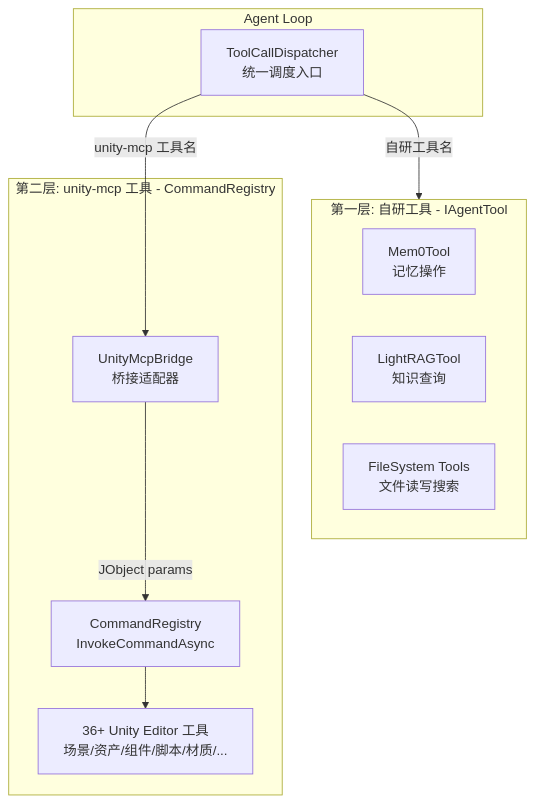
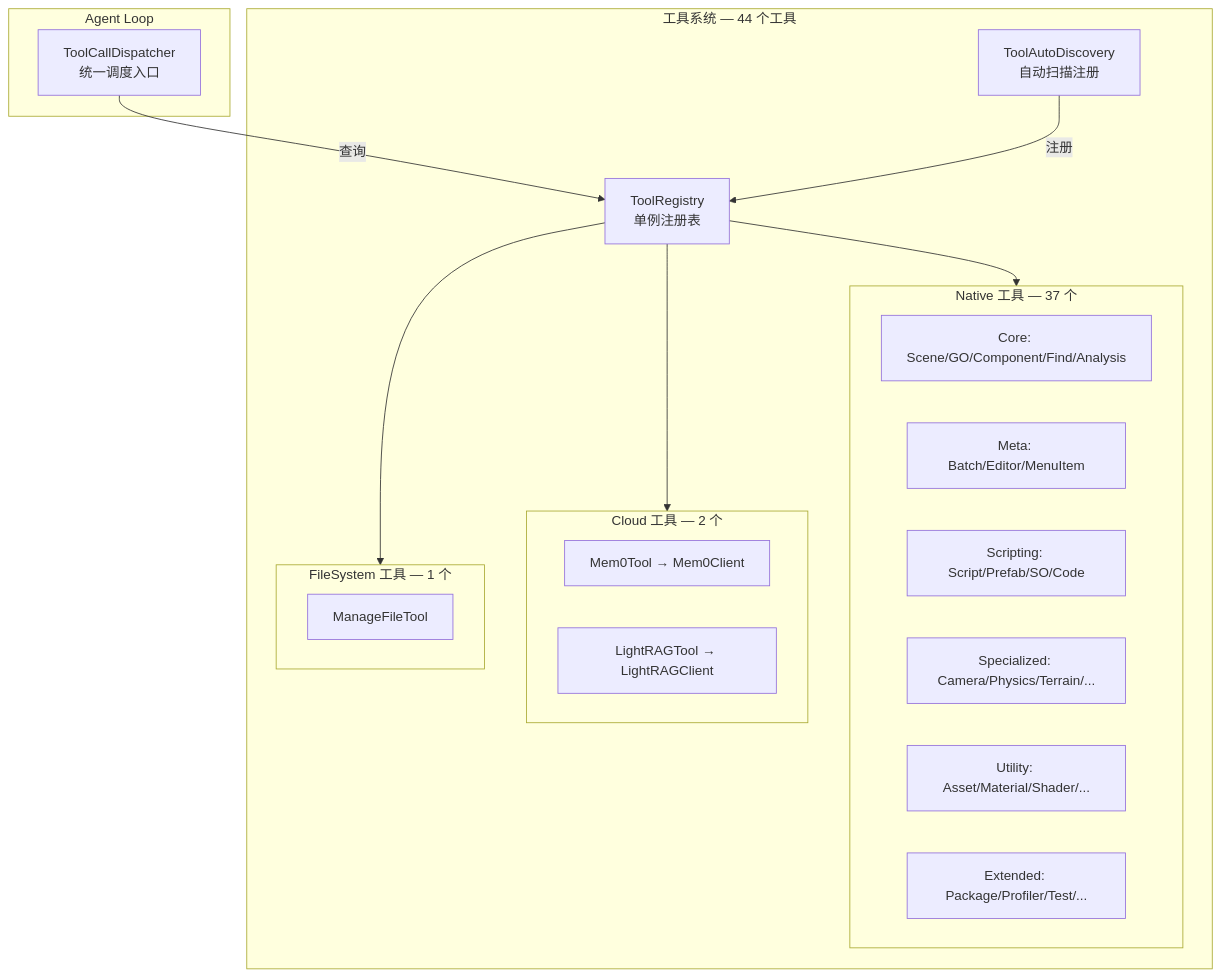
Before and after one commit to BakaAkari/AgentCore-Unity: the fourth of 8 diagrams in plans/ARCHITECTURE.md, drawn with Mermaid. The commit also changed other lines of this file and 4 other files, not shown here.

````diff
--- a/plans/ARCHITECTURE.md
+++ b/plans/ARCHITECTURE.md
@@ -450,23 +395,35 @@
 ```mermaid
 graph TB
     subgraph AgentLoop[Agent Loop]
-        TC[ToolCallDispatcher<br/>统一调度入口]
+        TD[ToolCallDispatcher<br/>统一调度入口]
     end
     
-    subgraph Layer1[第一层: 自研工具 - IAgentTool]
-        MEM[Mem0Tool<br/>记忆操作]
-        RAG[LightRAGTool<br/>知识查询]
-        FS[FileSystem Tools<br/>文件读写搜索]
+    subgraph ToolSystem[工具系统 — 44 个工具]
+        TR[ToolRegistry<br/>单例注册表]
+        TAD[ToolAutoDiscovery<br/>自动扫描注册]
+        
+        subgraph Native[Native 工具 — 37 个]
+            Core[Core: Scene/GO/Component/Find/Analysis]
+            Meta[Meta: Batch/Editor/MenuItem]
+            Script[Scripting: Script/Prefab/SO/Code]
+            Spec[Specialized: Camera/Physics/Terrain/...]
+            Util[Utility: Asset/Material/Shader/...]
+            Ext[Extended: Package/Profiler/Test/...]
+        end
+        
+        subgraph Cloud[Cloud 工具 — 2 个]
+            MEM[Mem0Tool → Mem0Client]
+            RAG[LightRAGTool → LightRAGClient]
+        end
+        
+        subgraph FS[FileSystem 工具 — 1 个]
+            FILE[ManageFileTool]
+        end
     end
     
-    subgraph Layer2[第二层: unity-mcp 工具 - CommandRegistry]
-        BRIDGE[UnityMcpBridge<br/>桥接适配器]
-        CR[CommandRegistry<br/>InvokeCommandAsync]
-        TOOLS[36+ Unity Editor 工具<br/>场景/资产/组件/脚本/材质/...]
-    end
-    
-    TC -->|自研工具名| Layer1
-    TC -->|unity-mcp 工具名| BRIDGE
-    BRIDGE -->|JObject params| CR
-    CR --> TOOLS
+    TD -->|查询| TR
+    TAD -->|注册| TR
+    TR --> Native
+    TR --> Cloud
+    TR --> FS
 ```
````
